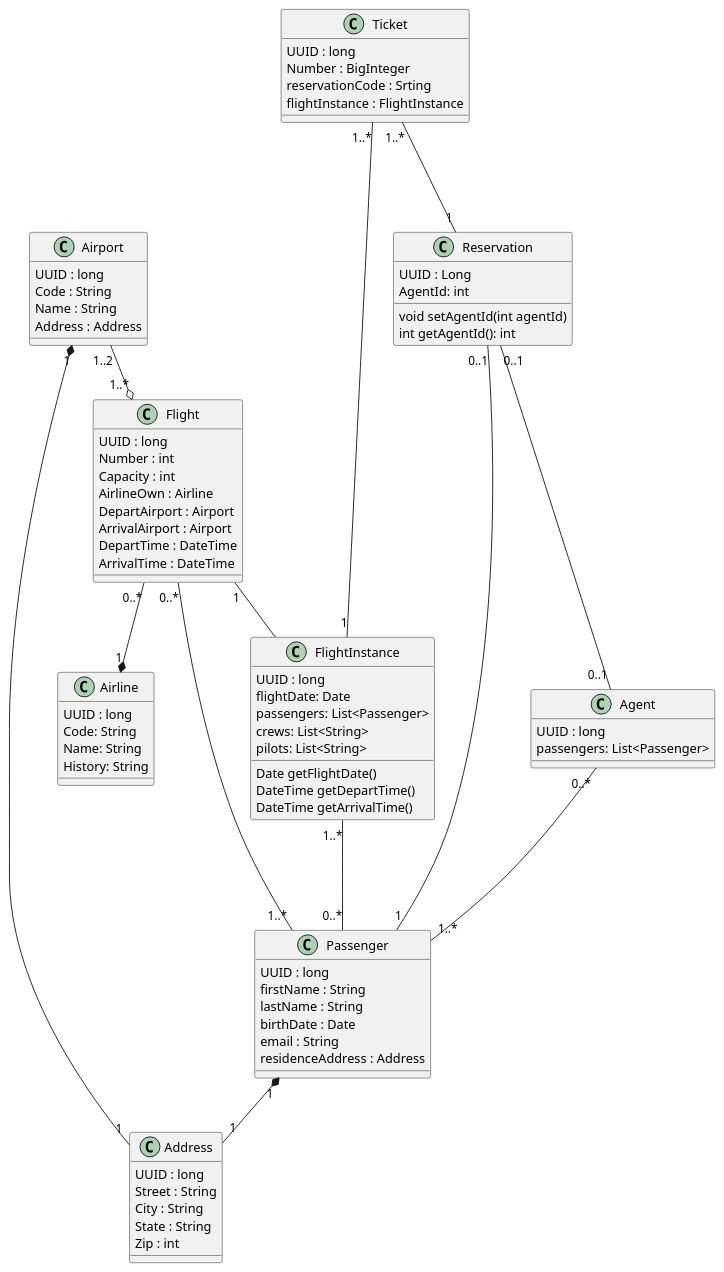
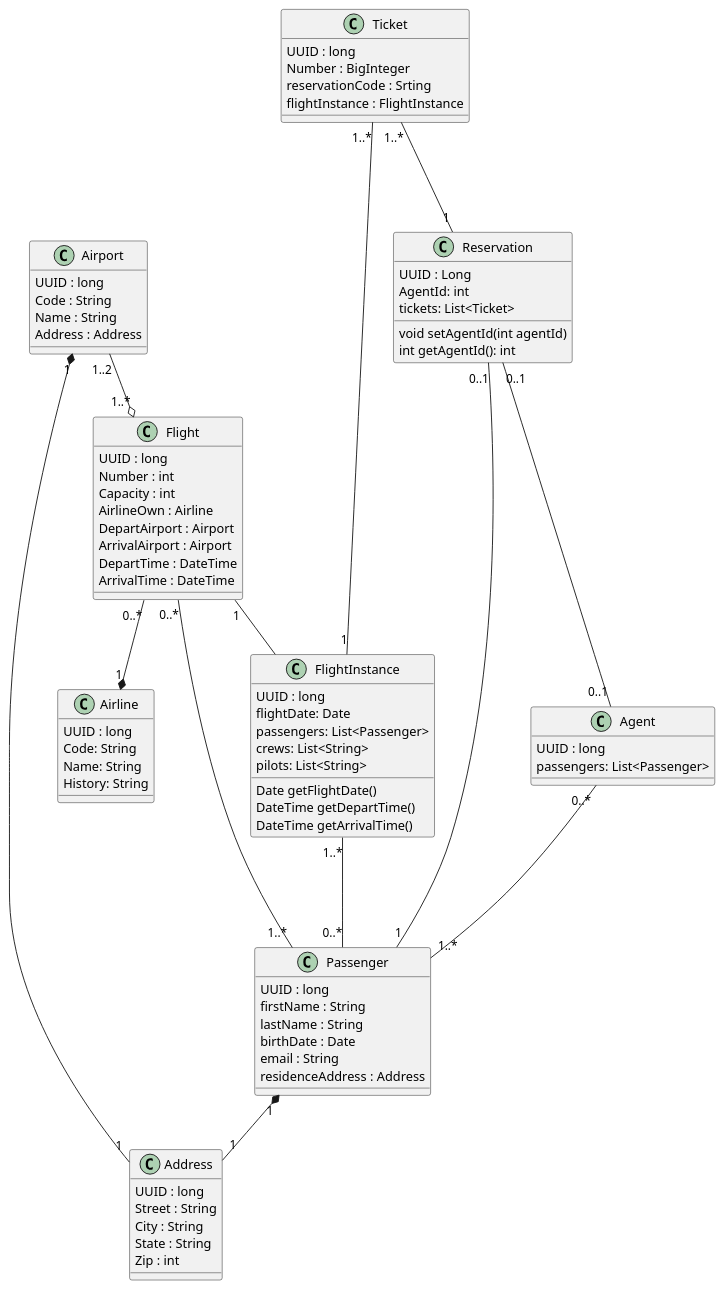
Before and after one commit to AlperenElbasan/FlightReservationSystem: the diagram in Diagrams/Uml/Project.puml, drawn with PlantUML. The commit also changed 5 other files, not shown here.

```diff
--- a/Diagrams/Uml/Project.puml
+++ b/Diagrams/Uml/Project.puml
@@ -1,95 +1,96 @@
 @startuml
 
 Class Airline {
     UUID : long 
     Code: String 
     Name: String
     History: String 
 }
 
 Class Airport{
     UUID : long
     Code : String
     Name : String
     Address : Address
 }
 
 Class Address{
     UUID : long
     Street : String
     City : String
     State : String
     Zip : int 
 }
 
 Class Flight{
     UUID : long
     Number : int
     Capacity : int
     AirlineOwn : Airline
     DepartAirport : Airport
     ArrivalAirport : Airport
     DepartTime : DateTime
     ArrivalTime : DateTime
 }
 
 Class FlightInstance{
     UUID : long
     flightDate: Date
     passengers: List<Passenger>
     crews: List<String>
     pilots: List<String>
     Date getFlightDate()
     DateTime getDepartTime()
     DateTime getArrivalTime()
 }
 
 '  It has an id, date, list of passengers, list of crew (flight staff), list of pilots (usually there are at least two or more)
 
 Class Passenger {
     UUID : long
     firstName : String
     lastName : String 
     birthDate : Date
     email : String
     residenceAddress : Address
 }
 
 Class Reservation {
     UUID : Long
     AgentId: int
     void setAgentId(int agentId)
     int getAgentId(): int
+    tickets: List<Ticket>
 }
 
 Class Agent {
     UUID : long
     passengers: List<Passenger>
 }
 
 Class Ticket {
     UUID : long
     Number : BigInteger 
     reservationCode : Srting
     flightInstance : FlightInstance
 }
 
 Airport "1" *-- "1" Address
 Flight "0..*" --* "1" Airline
 Flight "1"-- FlightInstance
 Passenger "1" *-- "1" Address
 
 Reservation "0..1" --- "1" Passenger
 Flight "0..*" --- "1..*" Passenger
 Ticket "1..*" --- "1" Reservation
 
 Ticket "1..*" --- "1" FlightInstance
 
 Agent "0..*" --- "1..*" Passenger
 Reservation "0..1" --- "0..1" Agent
 
 FlightInstance "1..*" --- "0..*" Passenger
 
 Airport "1..2" --o "1..*" Flight
 
 @enduml
```
